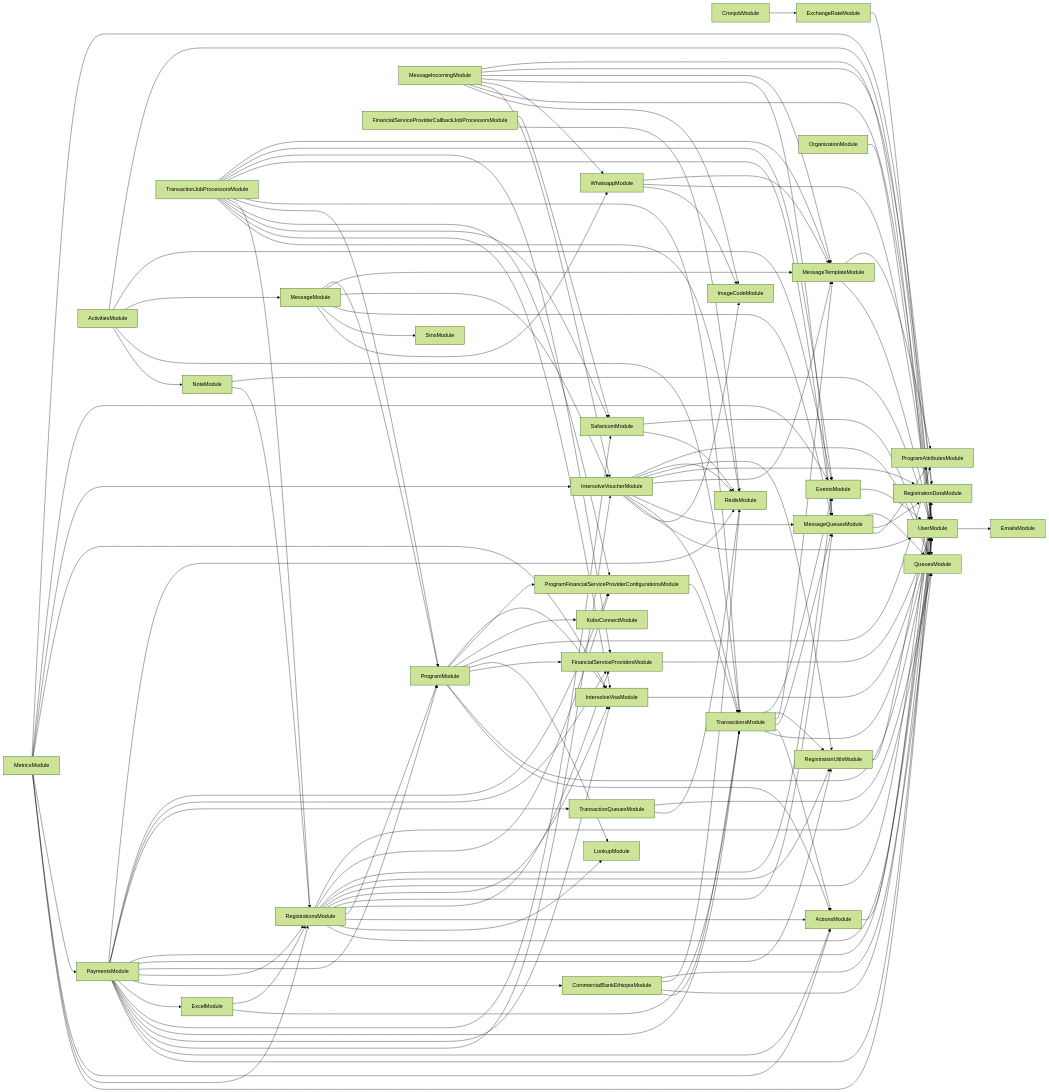
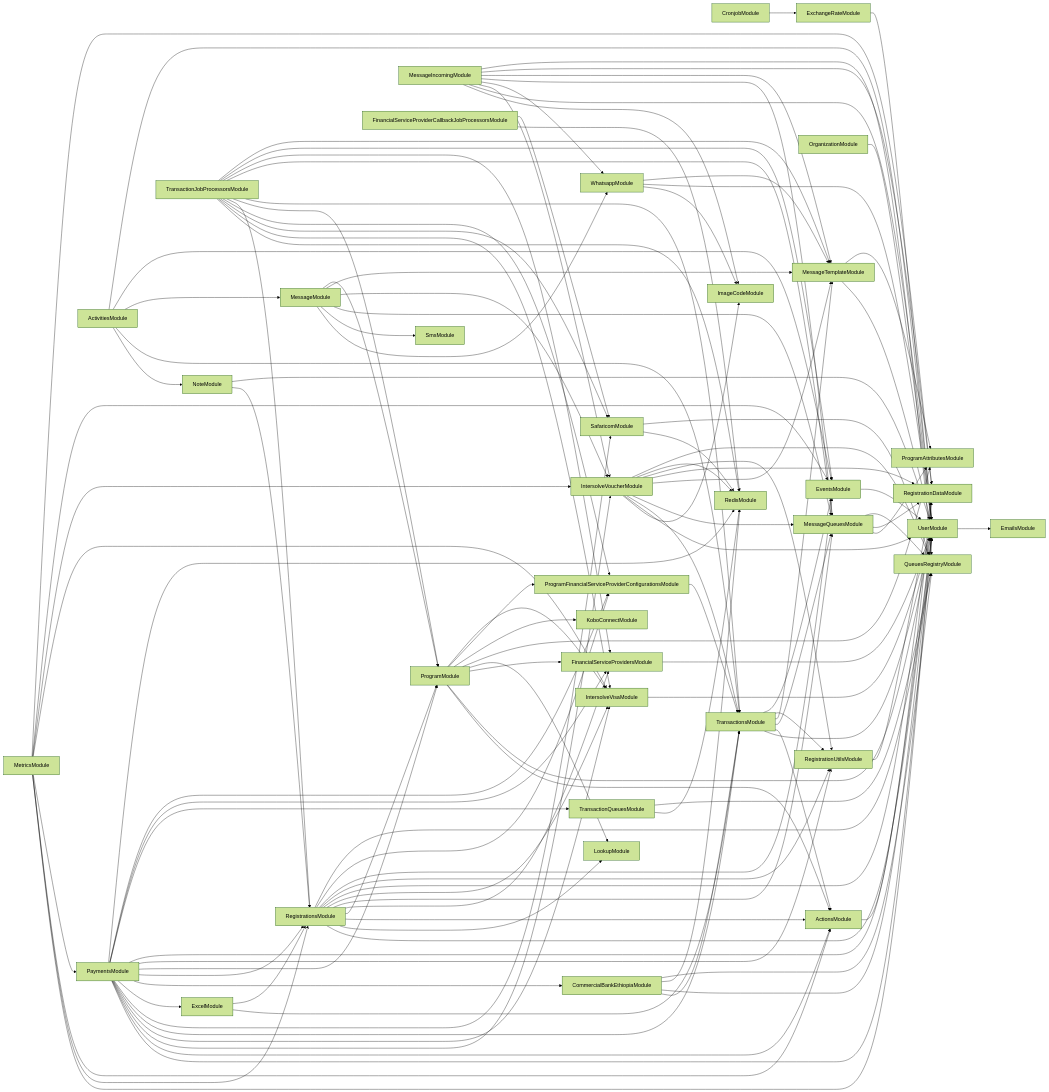
Before and after one commit to global-121/121-platform: the diagram in services/121-service/module-dependencies.md, drawn with Mermaid (forest theme). The commit also changed 41 other files, not shown here.

Commit message:
Rename QueuesModule to QueuesRegistryModule and add QueuesRegistryModule to import of AppModule

```diff
--- a/services/121-service/module-dependencies.md
+++ b/services/121-service/module-dependencies.md
@@ -22,7 +22,7 @@
   TransactionsModule-->MessageQueuesModule
   MessageQueuesModule-->ProgramAttributesModule
   MessageQueuesModule-->RegistrationDataModule
-  MessageQueuesModule-->QueuesModule
+  MessageQueuesModule-->QueuesRegistryModule
   TransactionsModule-->MessageTemplateModule
   TransactionsModule-->RegistrationUtilsModule
   RegistrationUtilsModule-->RegistrationDataModule
@@ -46,7 +46,7 @@
   IntersolveVoucherModule-->RegistrationDataModule
   IntersolveVoucherModule-->RegistrationUtilsModule
   IntersolveVoucherModule-->RedisModule
-  IntersolveVoucherModule-->QueuesModule
+  IntersolveVoucherModule-->QueuesRegistryModule
   MessageModule-->MessageTemplateModule
   MessageModule-->ProgramModule
   MetricsModule-->UserModule
@@ -62,7 +62,7 @@
   RegistrationsModule-->RegistrationUtilsModule
   RegistrationsModule-->EventsModule
   RegistrationsModule-->ProgramFinancialServiceProviderConfigurationsModule
-  RegistrationsModule-->QueuesModule
+  RegistrationsModule-->QueuesRegistryModule
   MetricsModule-->ActionsModule
   MetricsModule-->PaymentsModule
   PaymentsModule-->UserModule
@@ -72,7 +72,7 @@
   PaymentsModule-->TransactionsModule
   PaymentsModule-->SafaricomModule
   SafaricomModule-->RedisModule
-  SafaricomModule-->QueuesModule
+  SafaricomModule-->QueuesRegistryModule
   PaymentsModule-->ExcelModule
   ExcelModule-->TransactionsModule
   ExcelModule-->RegistrationsModule
@@ -80,14 +80,14 @@
   CommercialBankEthiopiaModule-->TransactionsModule
   CommercialBankEthiopiaModule-->UserModule
   CommercialBankEthiopiaModule-->RedisModule
-  CommercialBankEthiopiaModule-->QueuesModule
+  CommercialBankEthiopiaModule-->QueuesRegistryModule
   PaymentsModule-->RegistrationsModule
   PaymentsModule-->ProgramModule
   PaymentsModule-->RegistrationUtilsModule
   PaymentsModule-->RegistrationDataModule
   PaymentsModule-->TransactionQueuesModule
   TransactionQueuesModule-->RedisModule
-  TransactionQueuesModule-->QueuesModule
+  TransactionQueuesModule-->QueuesRegistryModule
   PaymentsModule-->FinancialServiceProvidersModule
   PaymentsModule-->ProgramFinancialServiceProviderConfigurationsModule
   PaymentsModule-->RedisModule
@@ -102,7 +102,7 @@
   MessageIncomingModule-->MessageQueuesModule
   MessageIncomingModule-->MessageTemplateModule
   MessageIncomingModule-->RegistrationDataModule
-  MessageIncomingModule-->QueuesModule
+  MessageIncomingModule-->QueuesRegistryModule
   NoteModule-->RegistrationsModule
   NoteModule-->UserModule
   ActivitiesModule-->NoteModule
```
